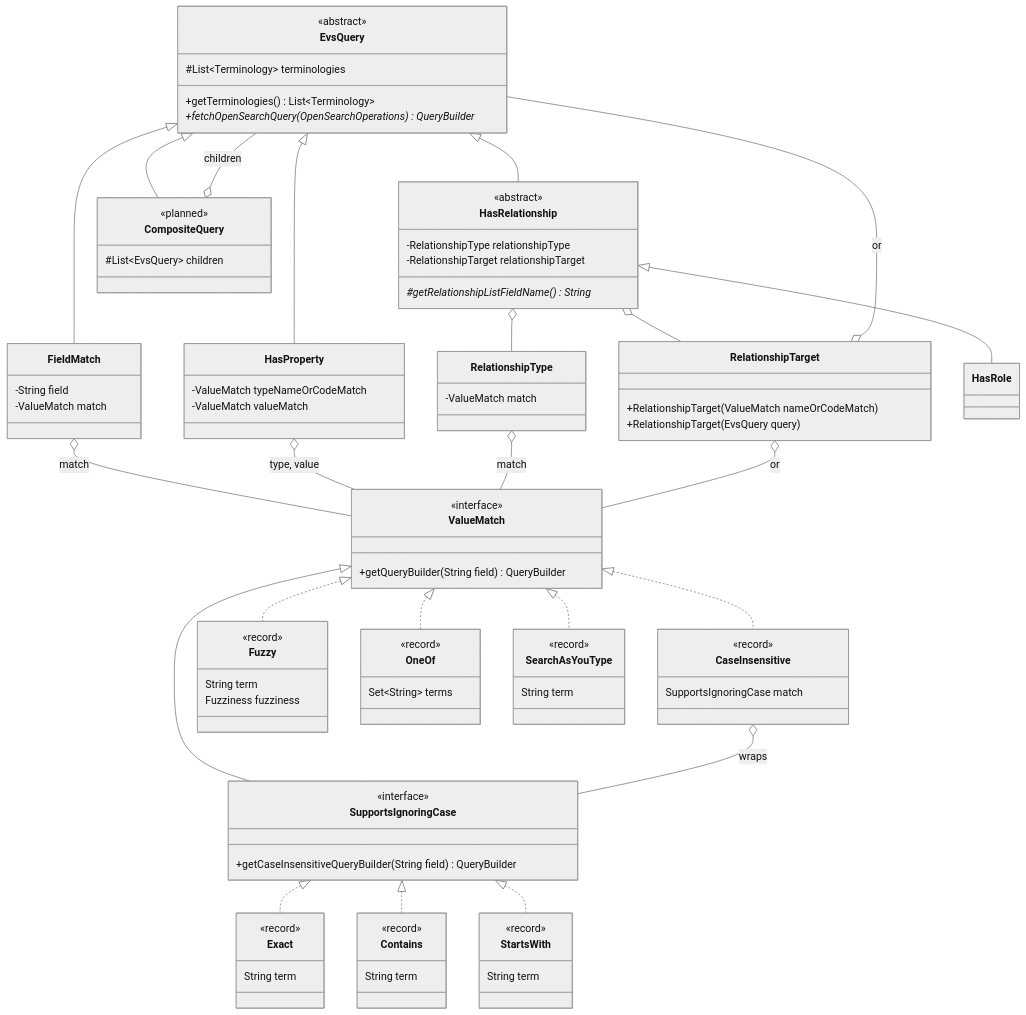
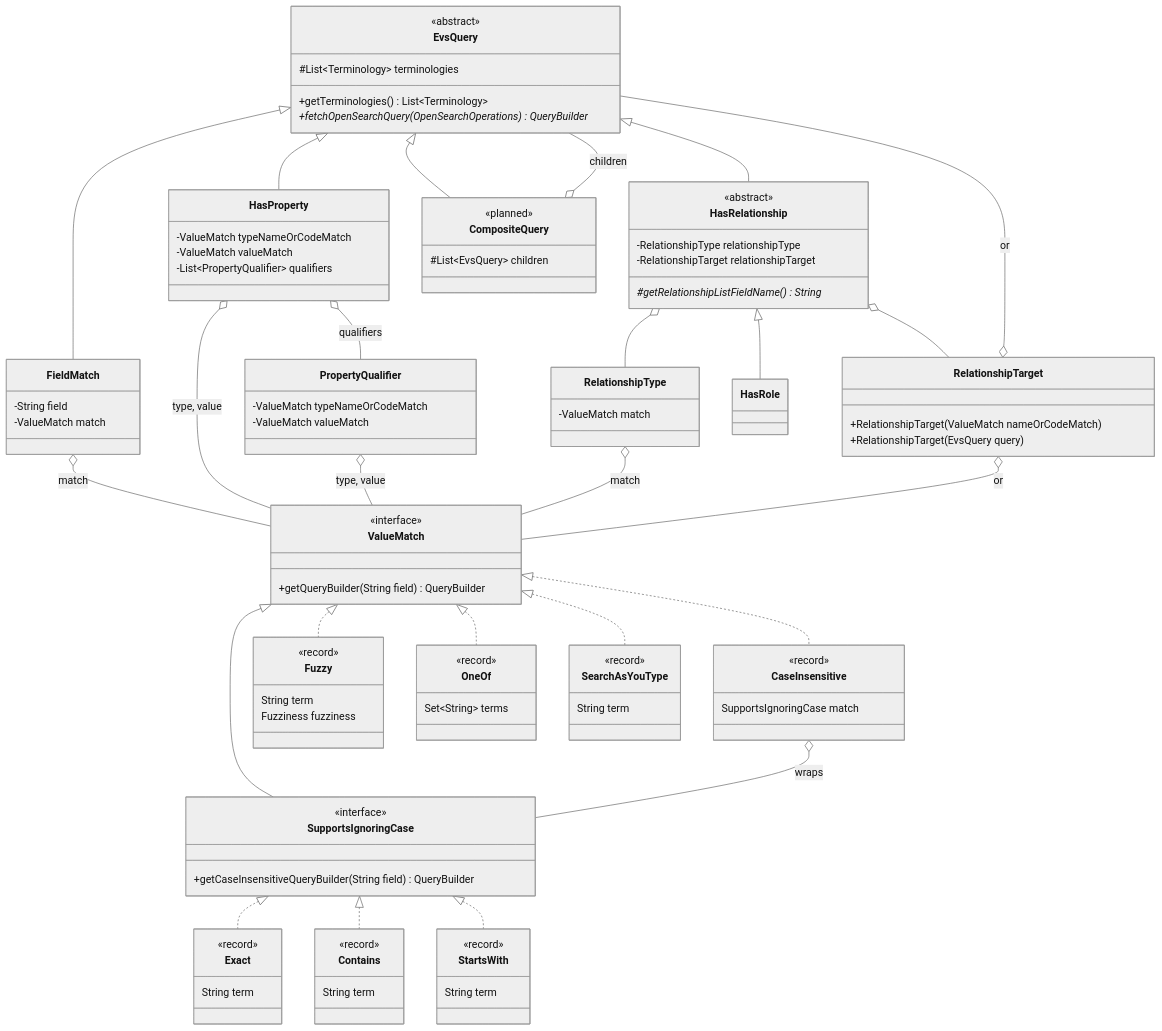
The diagram in src/main/java/gov/nih/nci/evs/api/query/README.md (WestCoastInformatics/evsrestapi), drawn with Mermaid (neutral theme) before and after one commit. The commit also changed other lines of this file and 5 other files, not shown here.

First line of the commit message:
Match property qualifiers in HasProperty (exploratory: implicit AND)

```diff
--- a/src/main/java/gov/nih/nci/evs/api/query/README.md
+++ b/src/main/java/gov/nih/nci/evs/api/query/README.md
@@ -75,6 +75,12 @@
     }
 
     class HasProperty {
+        -ValueMatch typeNameOrCodeMatch
+        -ValueMatch valueMatch
+        -List~PropertyQualifier~ qualifiers
+    }
+
+    class PropertyQualifier {
         -ValueMatch typeNameOrCodeMatch
         -ValueMatch valueMatch
     }
@@ -134,6 +140,8 @@
     HasRelationship o-- RelationshipType
     HasRelationship o-- RelationshipTarget
     HasProperty o-- ValueMatch : type, value
+    HasProperty o-- PropertyQualifier : qualifiers
+    PropertyQualifier o-- ValueMatch : type, value
     RelationshipType o-- ValueMatch : match
     RelationshipTarget o-- ValueMatch : or
     RelationshipTarget o-- EvsQuery : or
```
